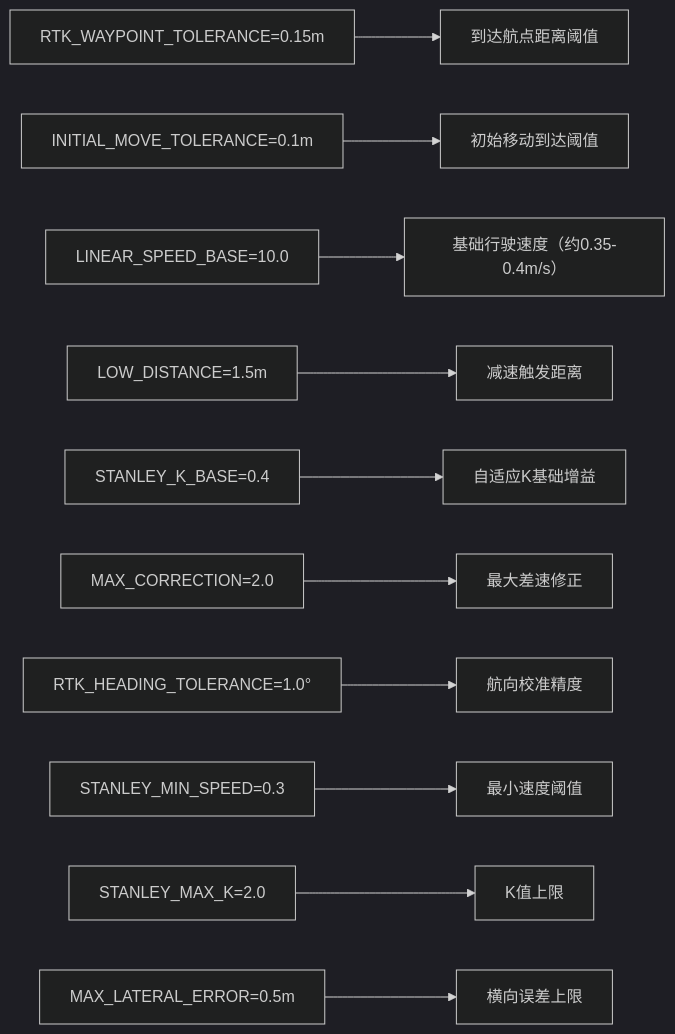
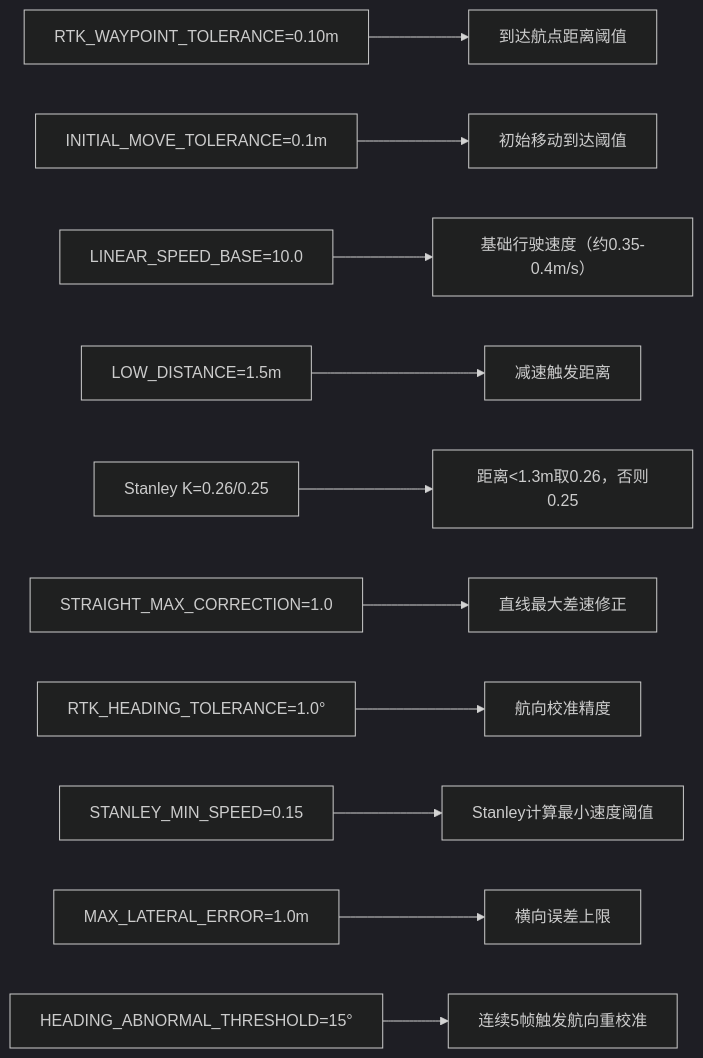
One commit to J123123-oss/robot_cleaning changed the seventh of 7 diagrams in README.md. Above: the diagram before and after it, drawn with Mermaid (dark theme). The commit also changed other lines of this file and 1 other file, not shown here.

Commit message:
Handle abnormal Stanley heading recovery

````diff
--- a/README.md
+++ b/README.md
@@ -178,13 +188,13 @@
 ```mermaid
 graph LR
-    P1[RTK_WAYPOINT_TOLERANCE=0.15m] --> P1D[到达航点距离阈值]
+    P1[RTK_WAYPOINT_TOLERANCE=0.10m] --> P1D[到达航点距离阈值]
     P2[INITIAL_MOVE_TOLERANCE=0.1m] --> P2D[初始移动到达阈值]
     P3[LINEAR_SPEED_BASE=10.0] --> P3D[基础行驶速度（约0.35-0.4m/s）]
     P4[LOW_DISTANCE=1.5m] --> P4D[减速触发距离]
-    P5[STANLEY_K_BASE=0.4] --> P5D[自适应K基础增益]
-    P6[MAX_CORRECTION=2.0] --> P6D[最大差速修正]
+    P5[Stanley K=0.26/0.25] --> P5D[距离<1.3m取0.26，否则0.25]
+    P6[STRAIGHT_MAX_CORRECTION=1.0] --> P6D[直线最大差速修正]
     P7[RTK_HEADING_TOLERANCE=1.0°] --> P7D[航向校准精度]
-    P8[STANLEY_MIN_SPEED=0.3] --> P8D[最小速度阈值]
-    P9[STANLEY_MAX_K=2.0] --> P9D[K值上限]
-    P10[MAX_LATERAL_ERROR=0.5m] --> P10D[横向误差上限]
+    P8[STANLEY_MIN_SPEED=0.15] --> P8D[Stanley计算最小速度阈值]
+    P9[MAX_LATERAL_ERROR=1.0m] --> P9D[横向误差上限]
+    P10[HEADING_ABNORMAL_THRESHOLD=15°] --> P10D[连续5帧触发航向重校准]
 ```
````
